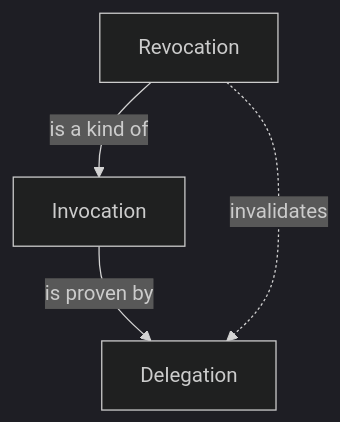
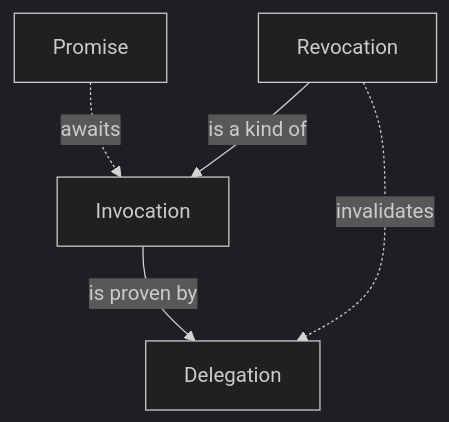
Before and after one commit to michielbdejong/spec: the first of 6 diagrams in README.md, drawn with Mermaid (dark theme). The commit also changed other lines of this file, not shown here.

Commit message:
Add promise to diagrams & deps

````diff
--- a/README.md
+++ b/README.md
@@ -134,13 +136,15 @@
 ``` mermaid
 flowchart TD
     rev[Revocation]
     inv[Invocation]
     del[Delegation]
+    prm[Promise]
 
+    prm -.->|awaits| inv
     rev -->|is a kind of| inv -->|is proven by| del
     rev -.->|invalidates| del
 
     click del href "https://github.com/ucan-wg/delegation" "UCAN Delegation Spec"
     click inv href "https://github.com/ucan-wg/invocation" "UCAN Invocation Spec"
     click rev href "https://github.com/ucan-wg/revocation" "UCAN Revocation Spec"
 ```
````
